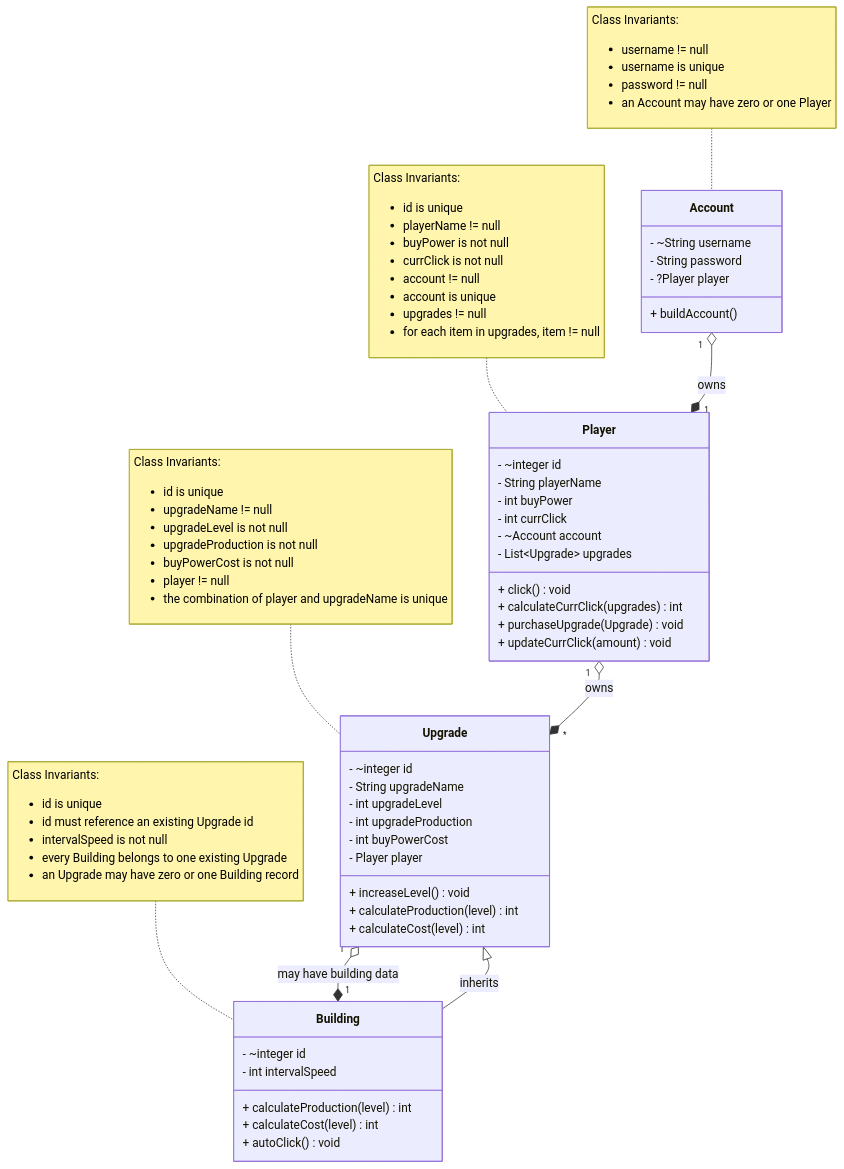
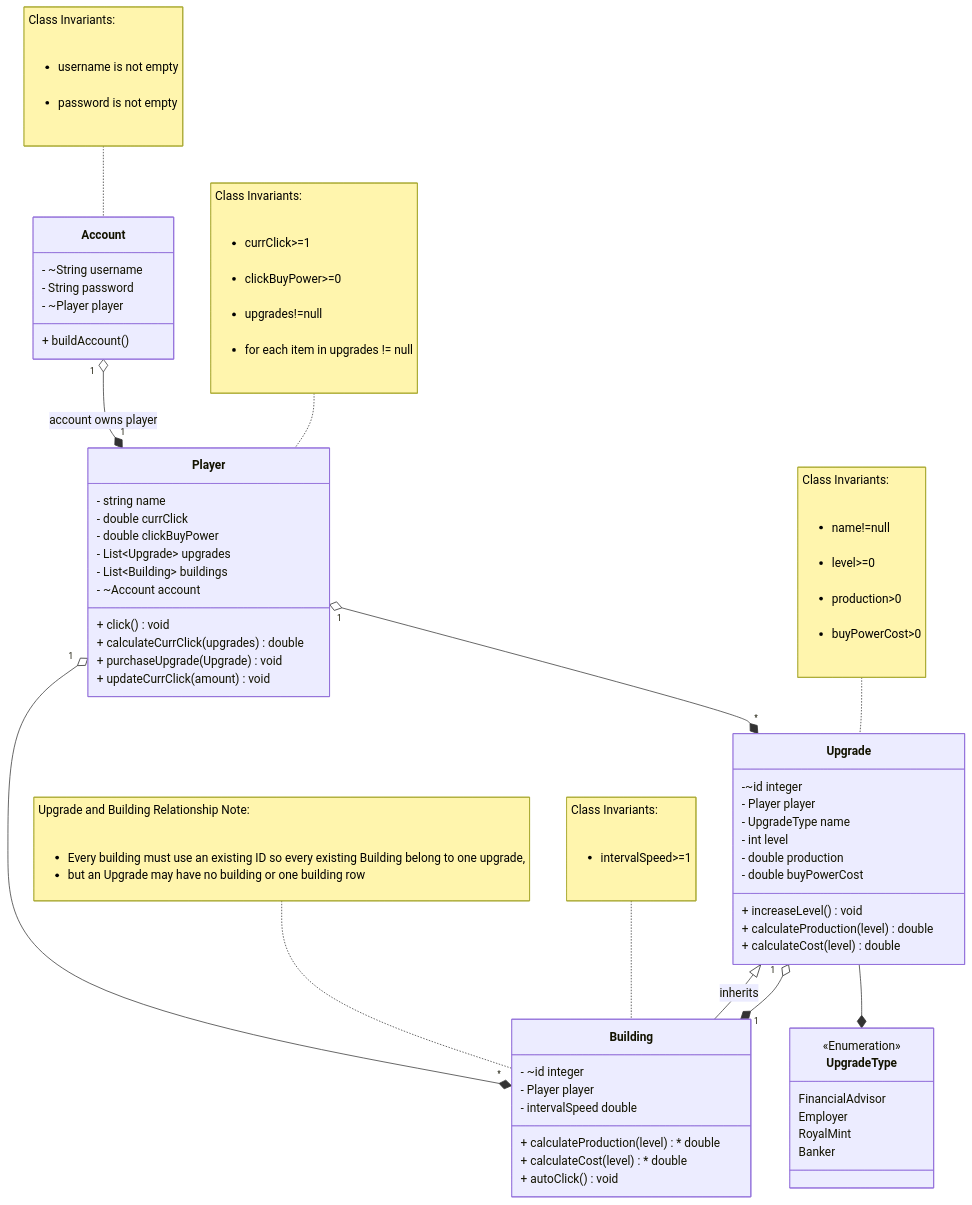
Before and after one commit to kaesotiric/money_clicker_game: the diagram in domain.md, drawn with Mermaid. The commit also changed other lines of this file and 3 other files, not shown here.

`````diff
--- a/domain.md
+++ b/domain.md
@@ -9,93 +8,97 @@
 ```mermaid
+
 classDiagram
 
-class Account {
-    - ~String username
-    - String password
-    - ?Player player
-    + buildAccount()
-}
-
-note for Account "Class Invariants:
-<ul>
-<li>username != null</li>
-<li>username is unique</li>
-<li>password != null</li>
-<li>an Account may have zero or one Player</li>
-</ul>"
-
-
 class Player {
-    - ~integer id
-    - String playerName
-    - int buyPower
-    - int currClick
+    - string name
+    - double currClick
+    - double clickBuyPower
+    - List~Upgrade~ upgrades
+    - List~Building~ buildings
     - ~Account account
-    - List~Upgrade~ upgrades
     + click() void
-    + calculateCurrClick(upgrades) int
+    + calculateCurrClick(upgrades) double
     + purchaseUpgrade(Upgrade) void
     + updateCurrClick(amount) void
-}
+    }
+    note for Player "Class Invariants:
+    <ul>
+    <li>currClick>=1</li>
+    <li>clickBuyPower>=0</li>
+    <li>upgrades!=null</li>
+    <li>for each item in upgrades != null</li>
+    </ul>"
 
-note for Player "Class Invariants:
-<ul>
-<li>id is unique</li>
-<li>playerName != null</li>
-<li>buyPower is not null</li>
-<li>currClick is not null</li>
-<li>account != null</li>
-<li>account is unique</li>
-<li>upgrades != null</li>
-<li>for each item in upgrades, item != null</li>
-</ul>"
+    class Account{
+        - ~String username
+        - String password
+        - ~Player player
+        + buildAccount()
+        
+    }
+    note for Account "Class Invariants:
+    <ul>
+    <li>username is not empty</li>
+    <li>password is not empty</li>
+    </ul>"
+  
+     class Upgrade {
+         -~id integer
+         - Player player
+         - UpgradeType name
+         - int level
+         - double production
+         - double buyPowerCost
+         + increaseLevel() void
+         + calculateProduction(level) double
+         + calculateCost(level) double
 
+     }
+     class UpgradeType {
+        <<Enumeration>>
+         FinancialAdvisor
+         Employer
+         RoyalMint
+         Banker
+ }
+    note for Upgrade "Class Invariants:
+    <ul>
+    <li>name!=null</li>
+    <li>level>=0</li>
+    <li>production>0</li>
+    <li>buyPowerCost>0</li>
+    </ul>"
+    
+    
+    Player "1" o--* "*" Upgrade
+    Account "1" o--* "1" Player : account owns player
+%%    Player --> UpgradeType
+    Upgrade --* UpgradeType
+    Player "1" o--* "*" Building
+    Upgrade "1" o--* "1" Building: 
+    
+    note for Building "Upgrade and Building Relationship Note:
+    <ul>
+    <li>Every building must use an existing ID so every existing Building belong to one upgrade,
+    <li> but an Upgrade may have no building or one building row
+    </ul>"
+    
+%%    Upgrade "1" o--* "1" Building
+    
+    
+    class Building{
+        - ~id integer
+        - Player player
+        - intervalSpeed double
+        + calculateProduction(level) * double 
+        + calculateCost(level) * double
+        + autoClick() void
+ }
+    Upgrade<|-- Building : inherits
+%%    Building--|> Upgrade
+    note for Building "Class Invariants:
+    <ul>
+    <li>intervalSpeed>=1</li>
+    </ul>"
 
-class Upgrade {
-    - ~integer id
-    - String upgradeName
-    - int upgradeLevel
-    - int upgradeProduction
-    - int buyPowerCost
-    - Player player
-    + increaseLevel() void
-    + calculateProduction(level) int
-    + calculateCost(level) int
-}
-
-note for Upgrade "Class Invariants:
-<ul>
-<li>id is unique</li>
-<li>upgradeName != null</li>
-<li>upgradeLevel is not null</li>
-<li>upgradeProduction is not null</li>
-<li>buyPowerCost is not null</li>
-<li>player != null</li>
-<li>the combination of player and upgradeName is unique</li>
-</ul>"
-
-
-class Building {
-    - ~integer id
-    - int intervalSpeed
-    + calculateProduction(level) int
-    + calculateCost(level) int
-    + autoClick() void
-}
-
-note for Building "Class Invariants:
-<ul>
-<li>id is unique</li>
-<li>id must reference an existing Upgrade id</li>
-<li>intervalSpeed is not null</li>
-<li>every Building belongs to one existing Upgrade</li>
-<li>an Upgrade may have zero or one Building record</li>
-</ul>"
-
-
-Account "1" o--* "1" Player : owns
-Player "1" o--* "*" Upgrade : owns
-Upgrade "1" o--* "1" Building : may have building data
-
-Upgrade <|-- Building : inherits
-```
+````
`````
